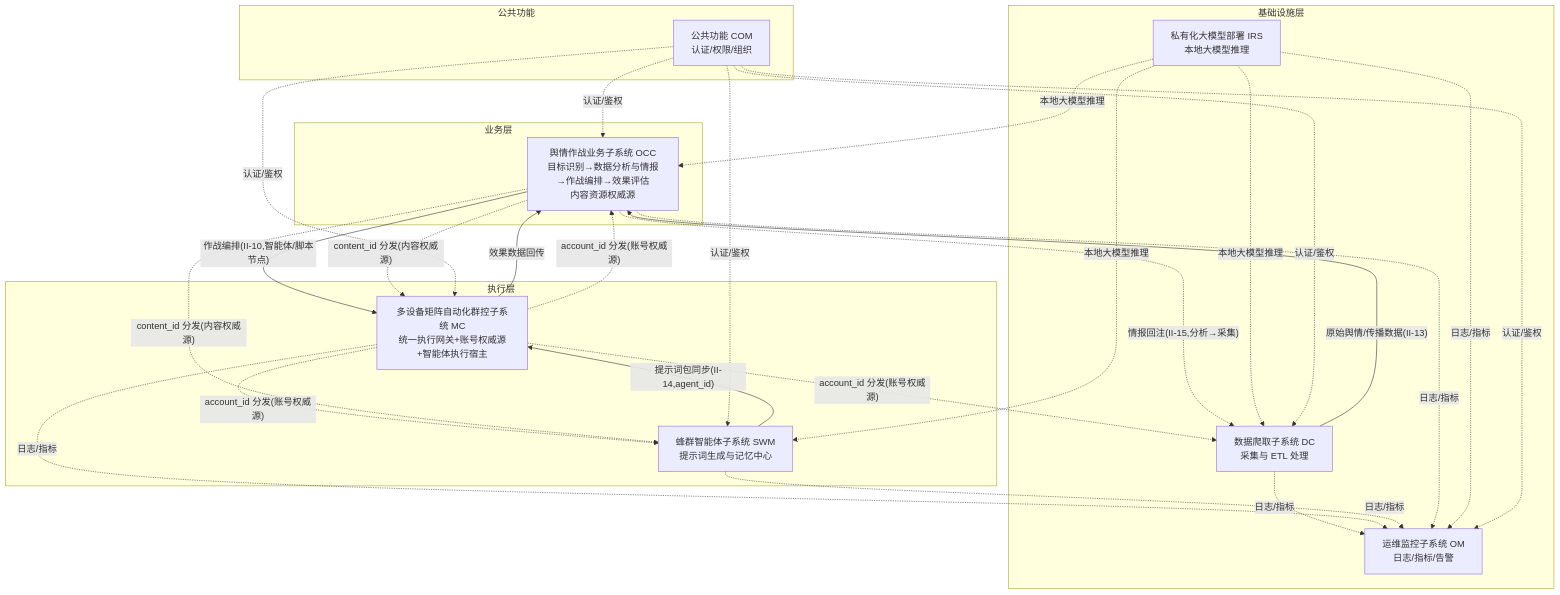
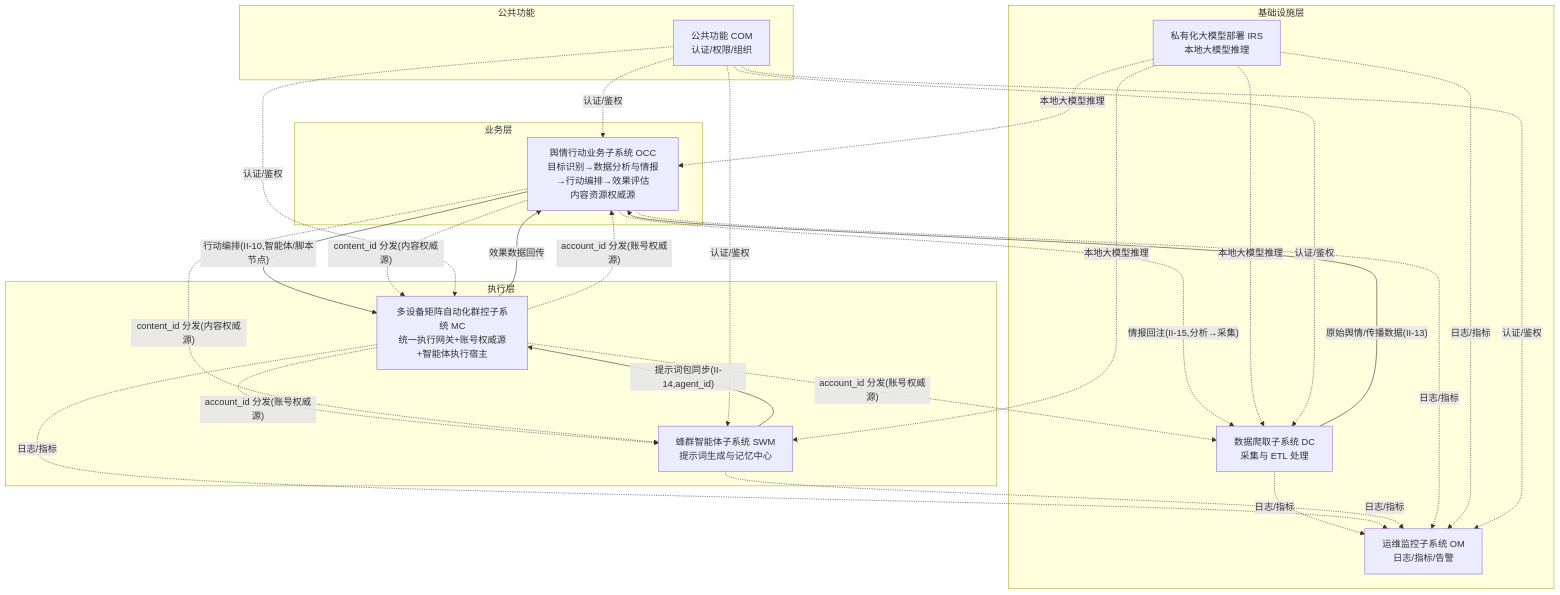
One commit to Sj-g/obsidian changed the first of 14 diagrams in 公司项目/认知作战/文档/软件概要设计说明.md. Above: the diagram before and after it, drawn with Mermaid. The commit also changed other lines of this file and 10 other files, not shown here.

````diff
--- a/公司项目/认知作战/文档/软件概要设计说明.md
+++ b/公司项目/认知作战/文档/软件概要设计说明.md
@@ -62,29 +62,29 @@
 ```mermaid
 flowchart TB
     subgraph BIZ["业务层"]
-        OCC["舆情作战业务子系统 OCC<br/>目标识别→数据分析与情报→作战编排→效果评估<br/>内容资源权威源"]
+        OCC["舆情行动业务子系统 OCC<br/>目标识别→数据分析与情报→行动编排→效果评估<br/>内容资源权威源"]
     end
     subgraph COM_LAYER["公共功能"]
         COM["公共功能 COM<br/>认证/权限/组织"]
     end
     subgraph EXEC["执行层"]
         SWM["蜂群智能体子系统 SWM<br/>提示词生成与记忆中心"]
         MC["多设备矩阵自动化群控子系统 MC<br/>统一执行网关+账号权威源+智能体执行宿主"]
     end
     subgraph INFRA["基础设施层"]
         DC["数据爬取子系统 DC<br/>采集与 ETL 处理"]
         OM["运维监控子系统 OM<br/>日志/指标/告警"]
         IRS["私有化大模型部署 IRS<br/>本地大模型推理"]
     end
 
     DC -->|"原始舆情/传播数据(II-13)"| OCC
-    OCC -->|"作战编排(II-10,智能体/脚本节点)"| MC
+    OCC -->|"行动编排(II-10,智能体/脚本节点)"| MC
     OCC -.->|"情报回注(II-15,分析→采集)"| DC
     SWM -->|"提示词包同步(II-14,agent_id)"| MC
     MC -->|"效果数据回传"| OCC
     MC -.->|"account_id 分发(账号权威源)"| DC & SWM & OCC
     OCC -.->|"content_id 分发(内容权威源)"| SWM & MC
     IRS -.->|"本地大模型推理"| DC & SWM & OCC
     DC & MC & SWM & OCC & IRS -.->|"日志/指标"| OM
     COM -.->|"认证/鉴权"| DC & MC & SWM & OCC & OM
 ```
````
